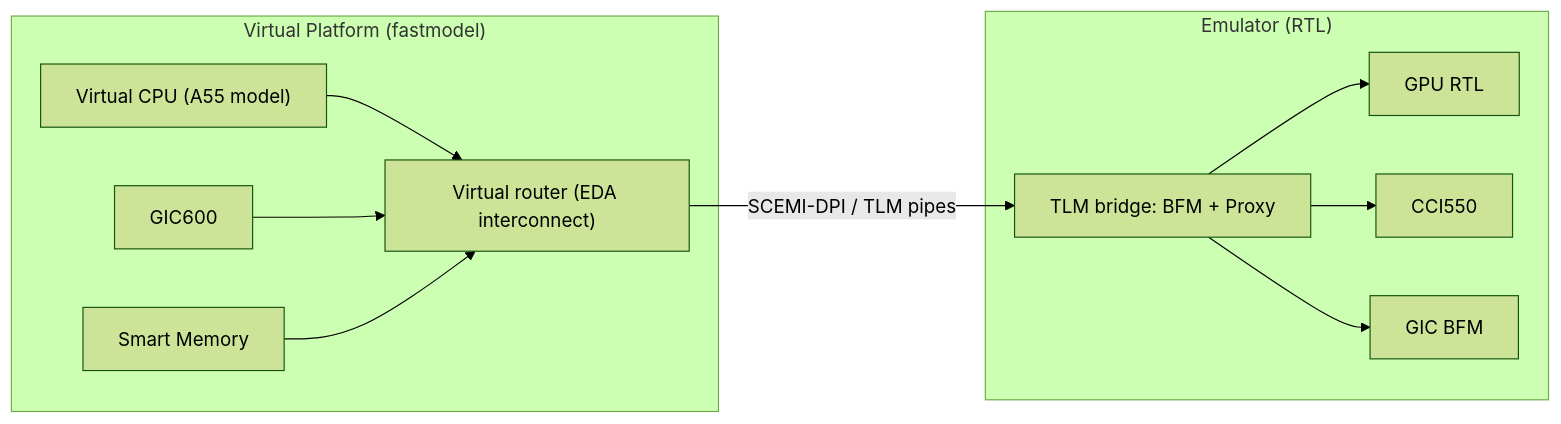
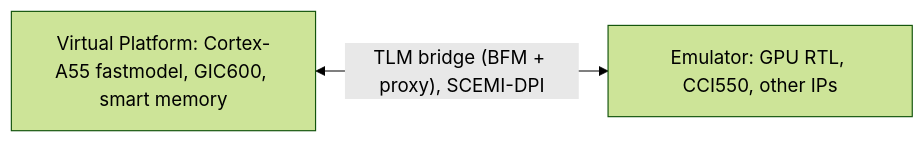
One commit to nemo99007/yt-paper changed the diagram in docs/papers/ref-20261018-6683-hybrid-emulation-accelerating-software-driven-verification-a.md. Above: the diagram before and after it, drawn with Mermaid (forest theme). The commit also changed other lines of this file and 172 other files, not shown here.

````diff
--- a/docs/papers/ref-20261018-6683-hybrid-emulation-accelerating-software-driven-verification-a.md
+++ b/docs/papers/ref-20261018-6683-hybrid-emulation-accelerating-software-driven-verification-a.md
@@ -199,22 +173,4 @@
 ```mermaid
 flowchart LR
-  subgraph VP["Virtual Platform (fastmodel)"]
-    CPU["Virtual CPU (A55 model)"]
-    GIC["GIC600"]
-    SM["Smart Memory"]
-    VR["Virtual router (EDA interconnect)"]
-    CPU --> VR
-    GIC --> VR
-    SM --> VR
-  end
-  subgraph EMU["Emulator (RTL)"]
-    BR["TLM bridge: BFM + Proxy"]
-    GPU["GPU RTL"]
-    CCI["CCI550"]
-    GICBFM["GIC BFM"]
-    BR --> GPU
-    BR --> CCI
-    BR --> GICBFM
-  end
-  VR -- "SCEMI-DPI / TLM pipes" --> BR
+  VP["Virtual Platform: Cortex-A55 fastmodel, GIC600, smart memory"] <-->|"TLM bridge (BFM + proxy), SCEMI-DPI"| RTL["Emulator: GPU RTL, CCI550, other IPs"]
 ```
````
